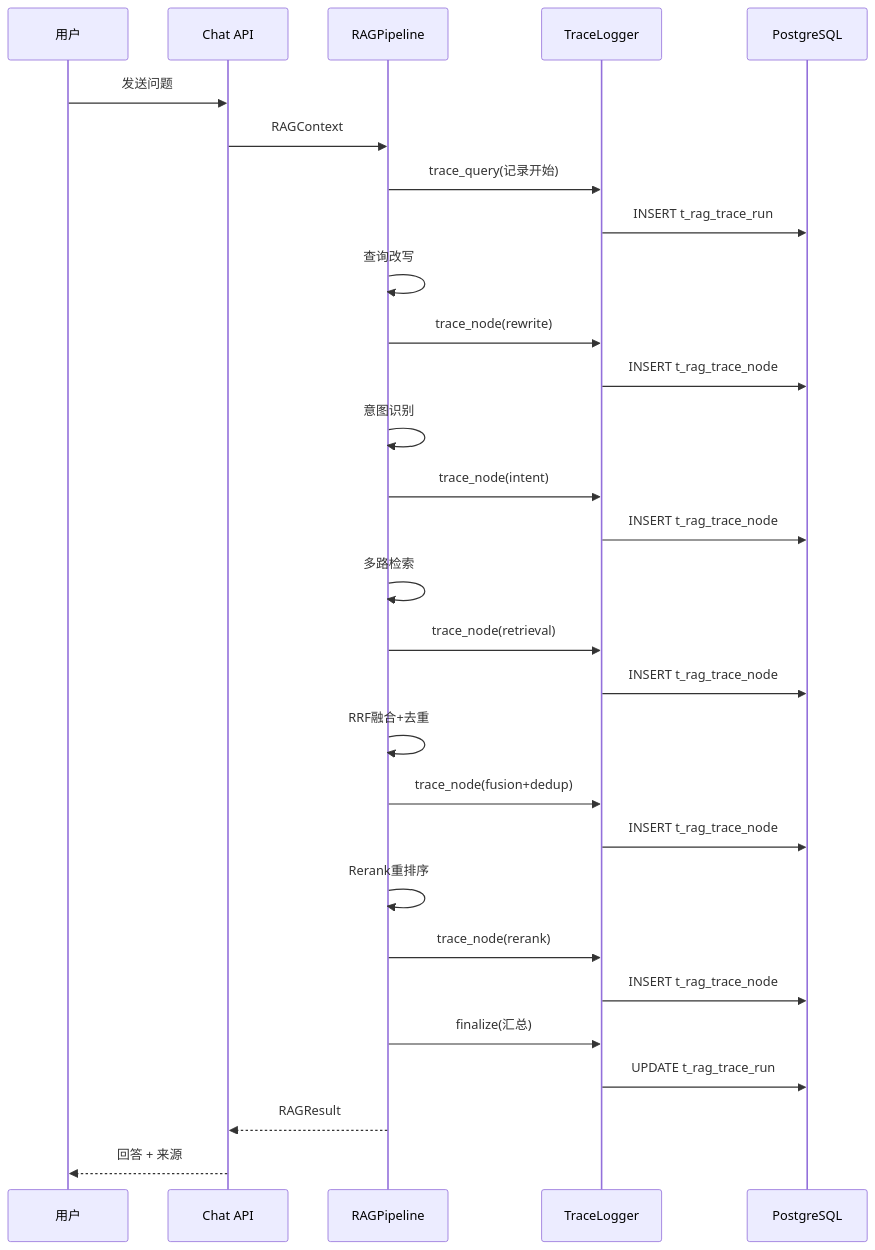
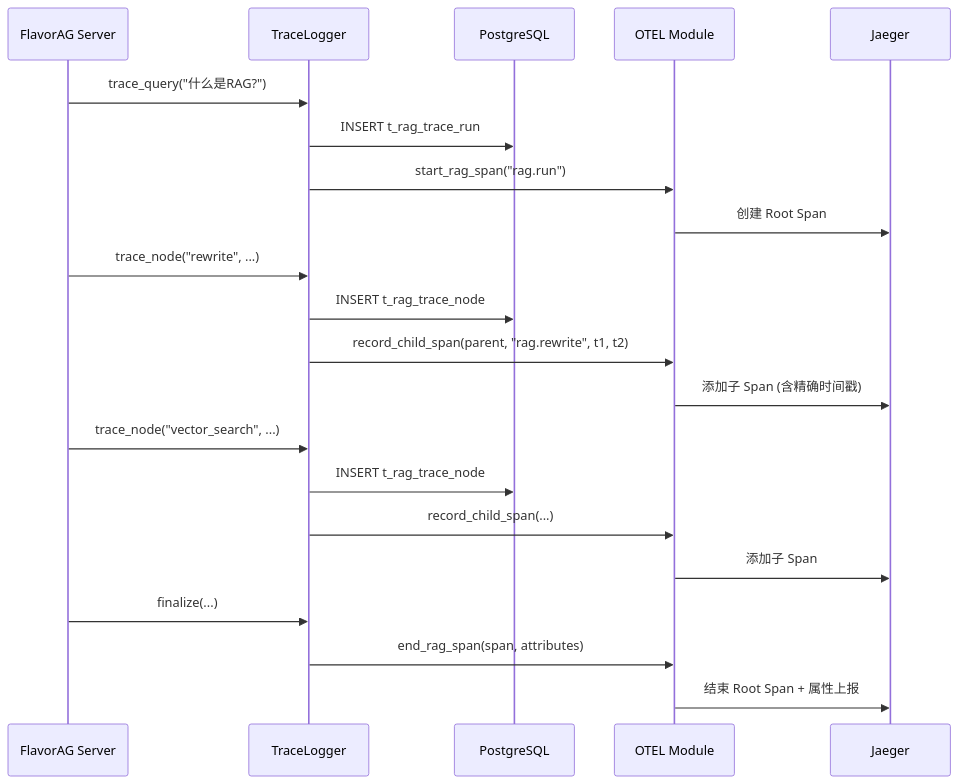
The ninth of 13 diagrams in 技术方案文档.md (YachuanWzh/flavor-rag), drawn with Mermaid before and after one commit. The commit also changed other lines of this file and 1 other file, not shown here.

````diff
--- a/技术方案文档.md
+++ b/技术方案文档.md
@@ -794,32 +898,27 @@
 ```mermaid
 sequenceDiagram
-    participant U as 用户
-    participant C as Chat API
-    participant P as RAGPipeline
-    participant T as TraceLogger
+    participant App as FlavorAG Server
+    participant TL as TraceLogger
     participant DB as PostgreSQL
+    participant OTEL as OTEL Module
+    participant JGR as Jaeger
 
-    U->>C: 发送问题
-    C->>P: RAGContext
-    P->>T: trace_query(记录开始)
-    T->>DB: INSERT t_rag_trace_run
-    P->>P: 查询改写
-    P->>T: trace_node(rewrite)
-    T->>DB: INSERT t_rag_trace_node
-    P->>P: 意图识别
-    P->>T: trace_node(intent)
-    T->>DB: INSERT t_rag_trace_node
-    P->>P: 多路检索
-    P->>T: trace_node(retrieval)
-    T->>DB: INSERT t_rag_trace_node
-    P->>P: RRF融合+去重
-    P->>T: trace_node(fusion+dedup)
-    T->>DB: INSERT t_rag_trace_node
-    P->>P: Rerank重排序
-    P->>T: trace_node(rerank)
-    T->>DB: INSERT t_rag_trace_node
-    P->>T: finalize(汇总)
-    T->>DB: UPDATE t_rag_trace_run
-    P-->>C: RAGResult
-    C-->>U: 回答 + 来源
+    App->>TL: trace_query("什么是RAG?")
+    TL->>DB: INSERT t_rag_trace_run
+    TL->>OTEL: start_rag_span("rag.run")
+    OTEL->>JGR: 创建 Root Span
+
+    App->>TL: trace_node("rewrite", ...)
+    TL->>DB: INSERT t_rag_trace_node
+    TL->>OTEL: record_child_span(parent, "rag.rewrite", t1, t2)
+    OTEL->>JGR: 添加子 Span (含精确时间戳)
+
+    App->>TL: trace_node("vector_search", ...)
+    TL->>DB: INSERT t_rag_trace_node
+    TL->>OTEL: record_child_span(...)
+    OTEL->>JGR: 添加子 Span
+
+    App->>TL: finalize(...)
+    TL->>OTEL: end_rag_span(span, attributes)
+    OTEL->>JGR: 结束 Root Span + 属性上报
 ```
````
